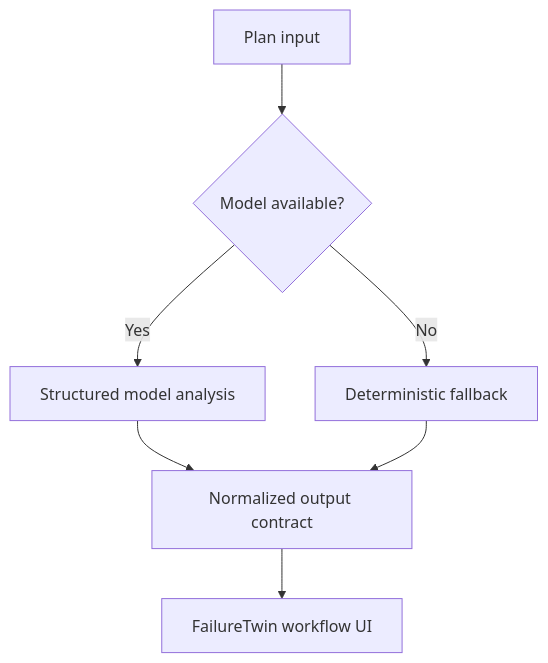
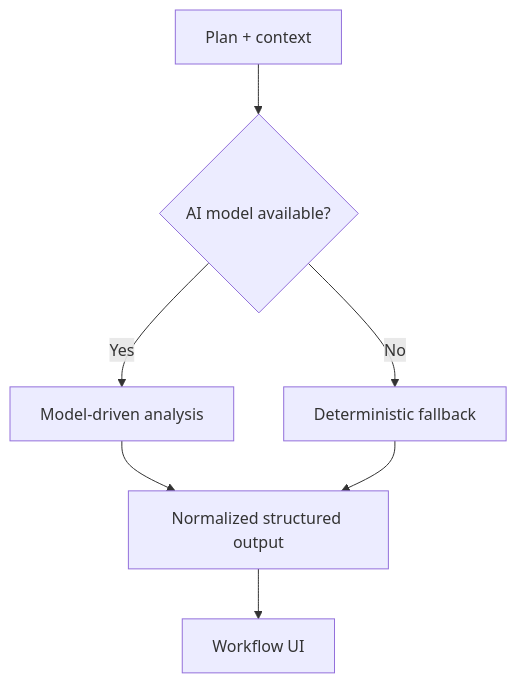
Before and after one commit to kaulastudies/failuretwin-ai: the second of 2 diagrams in docs/ARCHITECTURE.md, drawn with Mermaid. The commit also changed other lines of this file and 18 other files, not shown here.

Commit message:
docs: build professional FailureTwin hackathon repository

````diff
--- a/docs/ARCHITECTURE.md
+++ b/docs/ARCHITECTURE.md
@@ -21,9 +26,9 @@
 ```mermaid
 flowchart TD
-    I[Plan input] --> M{Model available?}
-    M -->|Yes| L[Structured model analysis]
-    M -->|No| F[Deterministic fallback]
-    L --> O[Normalized output contract]
-    F --> O
-    O --> UI[FailureTwin workflow UI]
+    I["Plan + context"] --> Q{"AI model available?"}
+    Q -->|Yes| L["Model-driven analysis"]
+    Q -->|No| D["Deterministic fallback"]
+    L --> N["Normalized structured output"]
+    D --> N
+    N --> UI["Workflow UI"]
 ```
````
